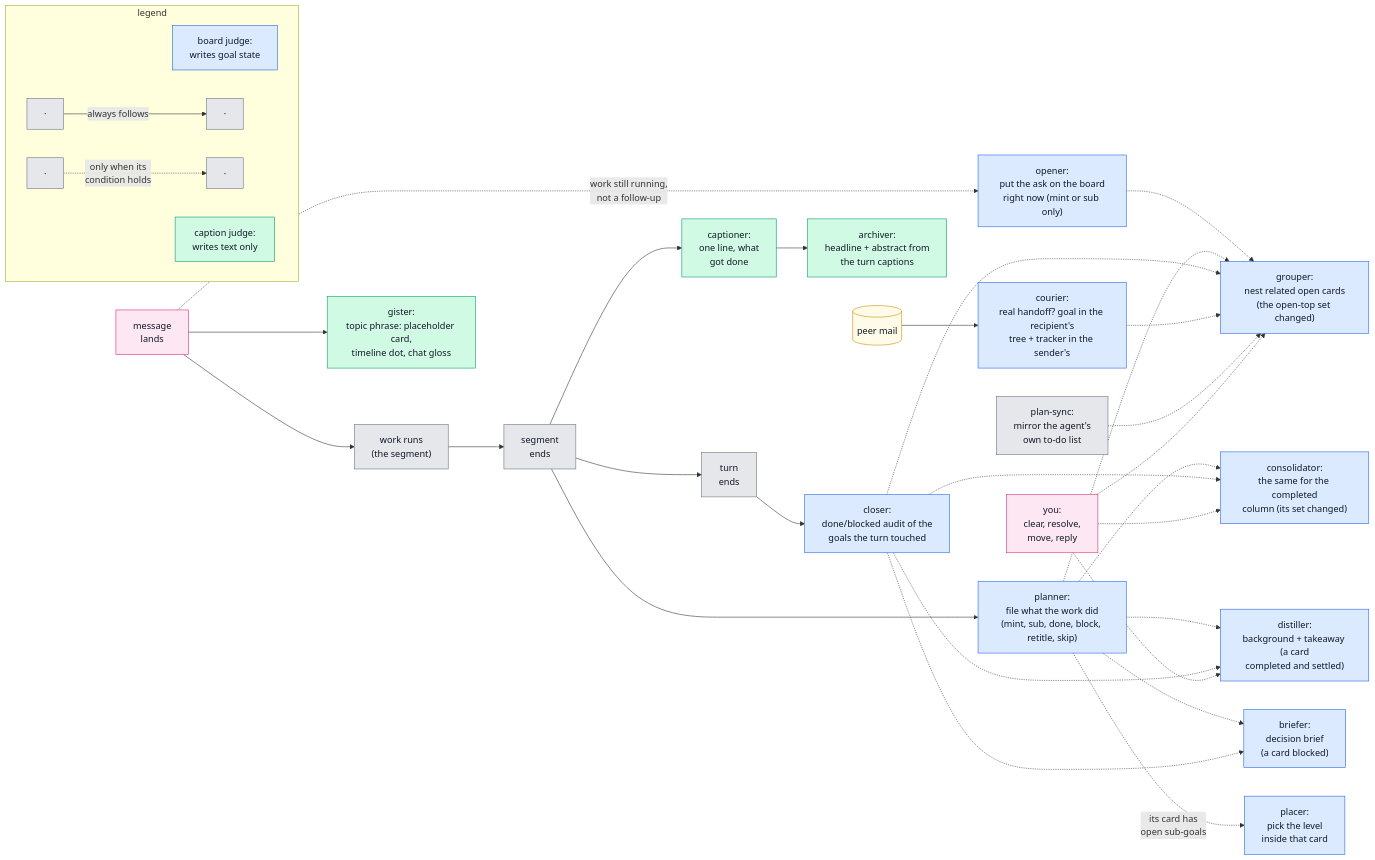
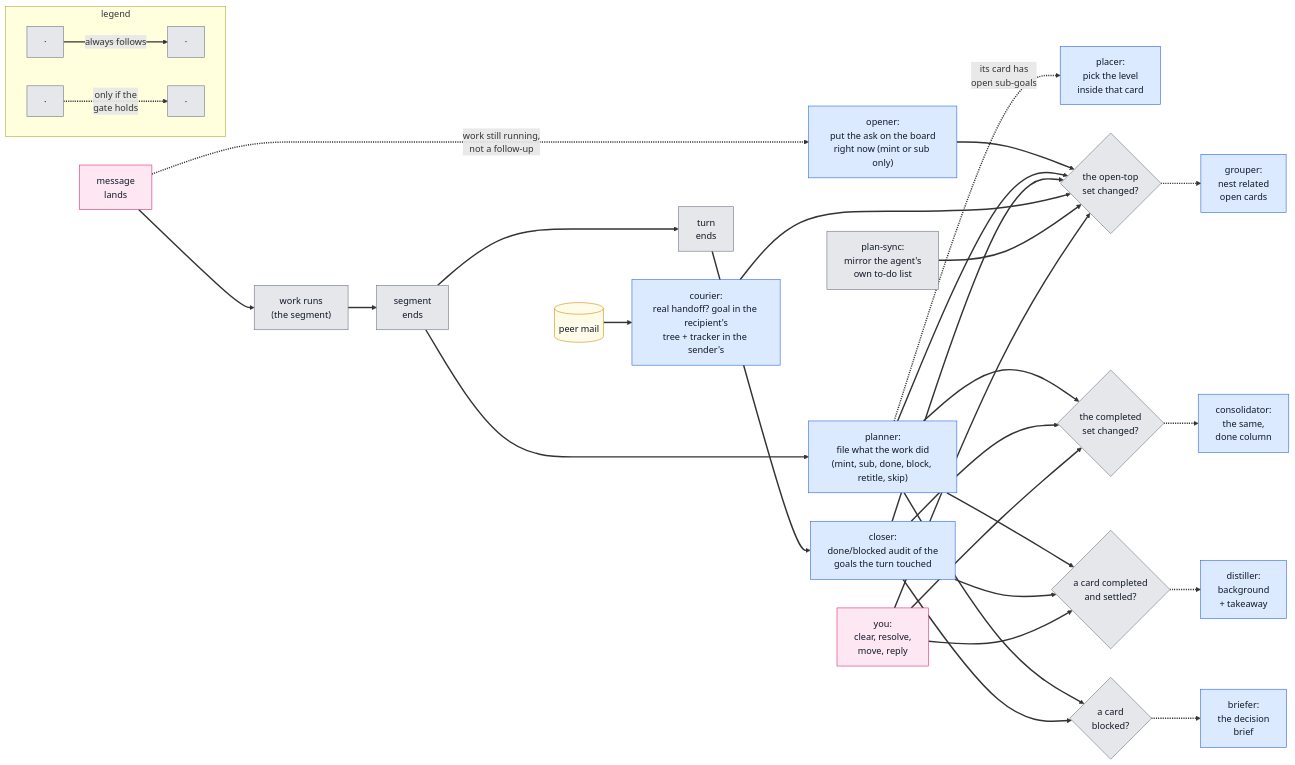
Before and after one commit to Chris-mian/romp: the third of 6 diagrams in docs/judge-pipeline.md, drawn with Mermaid. The commit also changed other lines of this file and 1 other file, not shown here.

First line of the commit message:
judge figures: split tiers, condition gates on the arrows, you-column right

````diff
--- a/docs/judge-pipeline.md
+++ b/docs/judge-pipeline.md
@@ -65,30 +82,29 @@
 ```mermaid
 flowchart LR
     M["message<br/>lands"]:::user --> W["work runs<br/>(the segment)"]:::det --> E["segment<br/>ends"]:::det --> X["turn<br/>ends"]:::det
     E ~~~ MAIL[("peer mail")]:::data --> CO["courier:<br/>real handoff? goal in the recipient's<br/>tree + tracker in the sender's"]:::llm
-    M --> GI["gister:<br/>topic phrase: placeholder card,<br/>timeline dot, chat gloss"]:::idx
-    E --> CA["captioner:<br/>one line, what<br/>got done"]:::idx
-    CA --> AR["archiver:<br/>headline + abstract from<br/>the turn captions"]:::idx
     M -.->|"work still running,<br/>not a follow-up"| PP["opener:<br/>put the ask on the board<br/>right now (mint or sub only)"]:::llm
     E --> PL["planner:<br/>file what the work did<br/>(mint, sub, done, block, retitle, skip)"]:::llm
     PL -.->|"its card has<br/>open sub-goals"| PC["placer:<br/>pick the level<br/>inside that card"]:::llm
     X --> CL["closer:<br/>done/blocked audit of the<br/>goals the turn touched"]:::llm
     X ~~~ SYNC["plan-sync:<br/>mirror the agent's<br/>own to-do list"]:::det
-    CL ~~~ YOU["you:<br/>clear, resolve,<br/>move, reply"]:::user
-    PP & PL & CL & CO & SYNC & YOU -.-> GR["grouper:<br/>nest related open cards<br/>(the open-top set changed)"]:::llm
-    PL & CL & YOU -.-> CN["consolidator:<br/>the same for the completed<br/>column (its set changed)"]:::llm
-    PL & CL & YOU -.-> DI["distiller:<br/>background + takeaway (a card<br/>completed and settled)"]:::llm
-    PL & CL -.-> BR["briefer:<br/>decision brief<br/>(a card blocked)"]:::llm
+    CO ~~~ YOU["you:<br/>clear, resolve,<br/>move, reply"]:::user
+    PP & PL & CL & CO & SYNC & YOU --> OG{"the open-top<br/>set changed?"}:::det
+    OG -.-> GR["grouper:<br/>nest related<br/>open cards"]:::llm
+    PL & CL & YOU --> CG{"the completed<br/>set changed?"}:::det
+    CG -.-> CN["consolidator:<br/>the same,<br/>done column"]:::llm
+    PL & CL & YOU --> DG{"a card completed<br/>and settled?"}:::det
+    DG -.-> DI["distiller:<br/>background<br/>+ takeaway"]:::llm
+    PL & CL --> BG{"a card<br/>blocked?"}:::det
+    BG -.-> BR["briefer:<br/>the decision<br/>brief"]:::llm
     subgraph LEGEND["legend"]
         direction LR
-        LB["board judge:<br/>writes goal state"]:::llm
-        LG["caption judge:<br/>writes text only"]:::idx
         LS1["·"]:::det -->|"always follows"| LS2["·"]:::det
-        LD1["·"]:::det -.->|"only when its<br/>condition holds"| LD2["·"]:::det
+        LD1["·"]:::det -.->|"only if the<br/>gate holds"| LD2["·"]:::det
     end
+    linkStyle default stroke-width:2.5px
     classDef llm fill:#dbeafe,stroke:#2563eb,color:#111827
-    classDef idx fill:#d1fae5,stroke:#059669,color:#111827
     classDef det fill:#e5e7eb,stroke:#6b7280,color:#111827
     classDef data fill:#fefce8,stroke:#ca8a04,color:#111827
     classDef user fill:#fce7f3,stroke:#db2777,color:#111827
 ```
````
